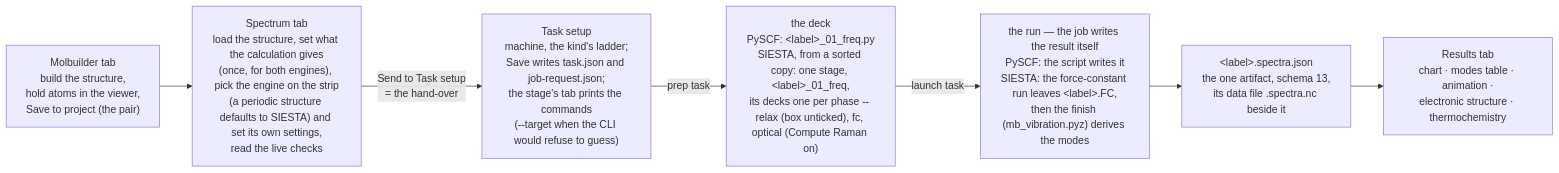
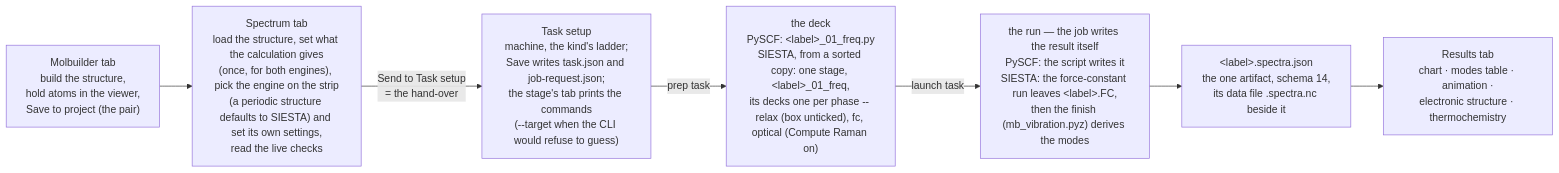
The first of 2 diagrams in docs/engines/vibration.md (Qing-LAB/molbuilder), drawn with Mermaid before and after one commit. The commit also changed other lines of this file and 32 other files, not shown here.

````diff
--- a/docs/engines/vibration.md
+++ b/docs/engines/vibration.md
@@ -194,9 +194,9 @@
 ```mermaid
 flowchart LR
   M["Molbuilder tab<br/>build the structure,<br/>hold atoms in the viewer,<br/>Save to project (the pair)"] --> S["Spectrum tab<br/>load the structure, set what the calculation gives<br/>(once, for both engines), pick the engine on the strip<br/>(a periodic structure defaults to SIESTA) and set its own settings,<br/>read the live checks"]
   S -->|"Send to Task setup<br/>= the hand-over"| T["Task setup<br/>machine, the kind's ladder;<br/>Save writes task.json and job-request.json;<br/>the stage's tab prints the commands<br/>(--target when the CLI would refuse to guess)"]
   T -->|"prep task"| P["the deck<br/>PySCF: &lt;label&gt;_01_freq.py<br/>SIESTA, from a sorted copy: one stage, &lt;label&gt;_01_freq,<br/>its decks one per phase -- relax (box unticked), fc, optical (Compute Raman on)"]
   P -->|"launch task"| R["the run — the job writes the result itself<br/>PySCF: the script writes it<br/>SIESTA: the force-constant run leaves &lt;label&gt;.FC,<br/>then the finish (mb_vibration.pyz) derives the modes"]
-  R --> A["&lt;label&gt;.spectra.json<br/>the one artifact, schema 13,<br/>its data file .spectra.nc beside it"]
+  R --> A["&lt;label&gt;.spectra.json<br/>the one artifact, schema 14,<br/>its data file .spectra.nc beside it"]
   A --> V["Results tab<br/>chart · modes table · animation ·<br/>electronic structure · thermochemistry"]
 ```
````
